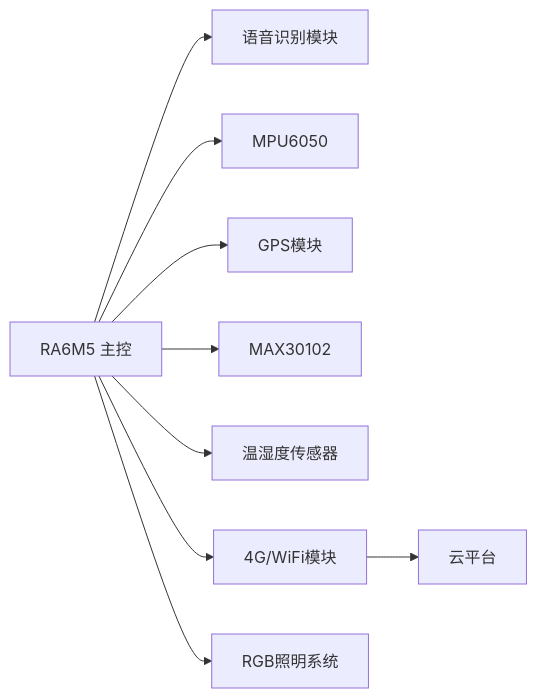
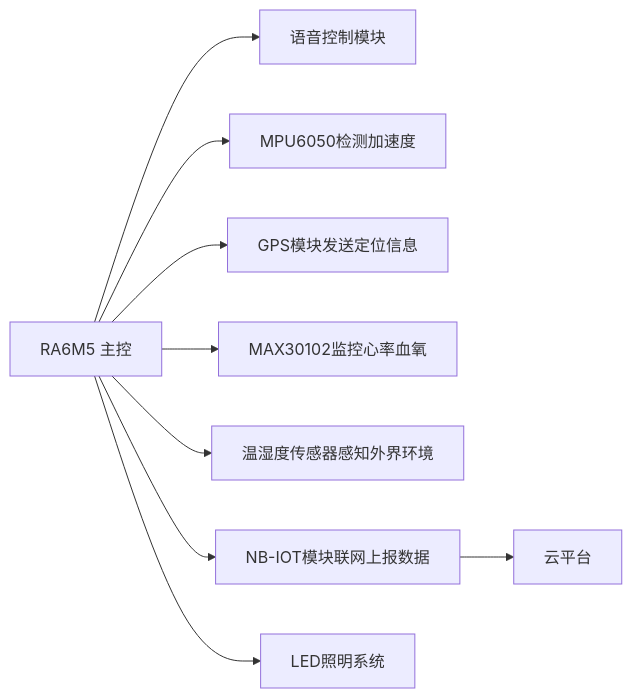
The diagram in README.md (AresLYK/Smart-Cycling-Helmet), drawn with Mermaid before and after one commit. The commit also changed other lines of this file, not shown here.

````diff
--- a/README.md
+++ b/README.md
@@ -61,11 +56,11 @@
 ```mermaid
 graph LR
-A[RA6M5 主控] --> B[语音识别模块]
-A --> C[MPU6050]
-A --> D[GPS模块]
-A --> E[MAX30102]
-A --> F[温湿度传感器]
-A --> G[4G/WiFi模块]
-A --> H[RGB照明系统]
+A[RA6M5 主控] --> B[语音控制模块]
+A --> C[MPU6050检测加速度]
+A --> D[GPS模块发送定位信息]
+A --> E[MAX30102监控心率血氧]
+A --> F[温湿度传感器感知外界环境]
+A --> G[NB-IOT模块联网上报数据]
+A --> H[LED照明系统]
 G --> I[云平台]
 ```
````
